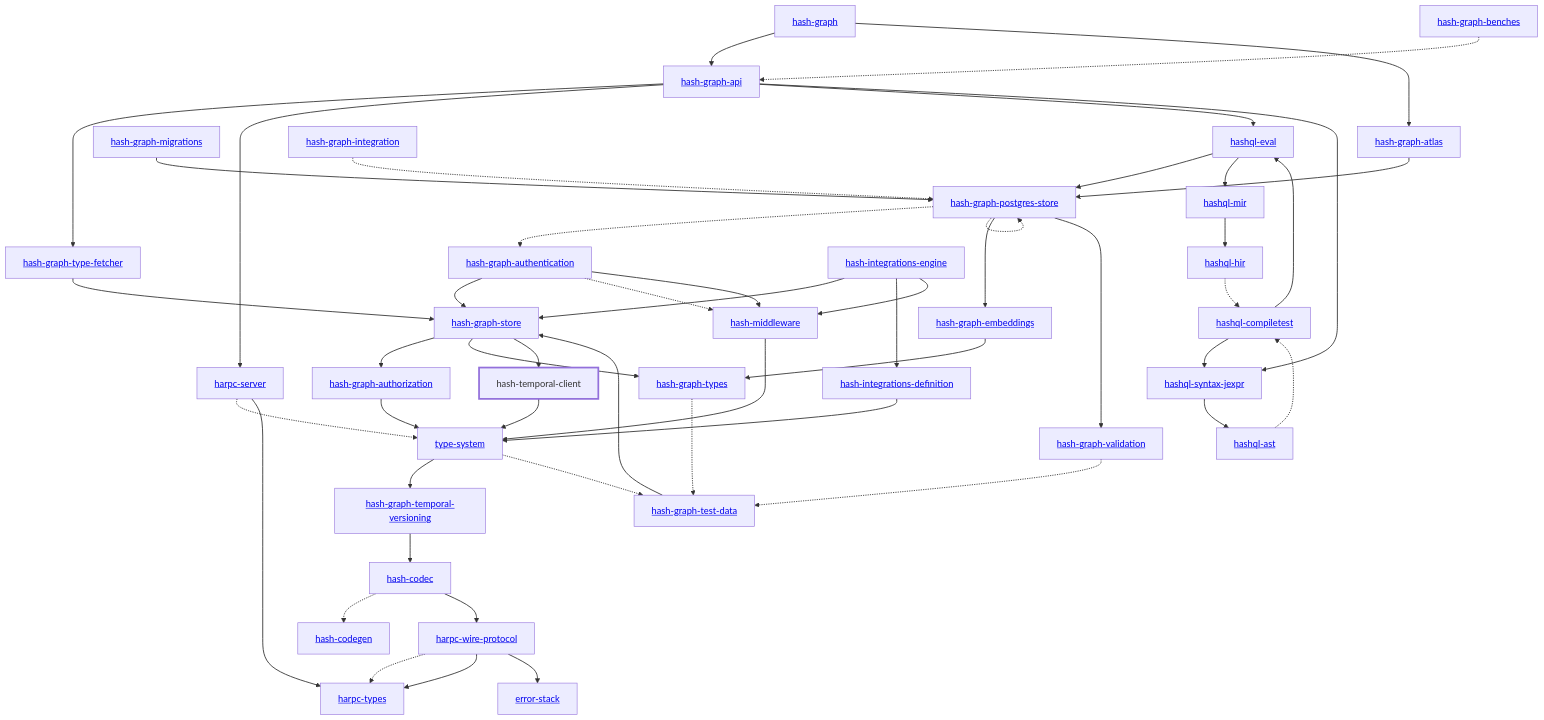
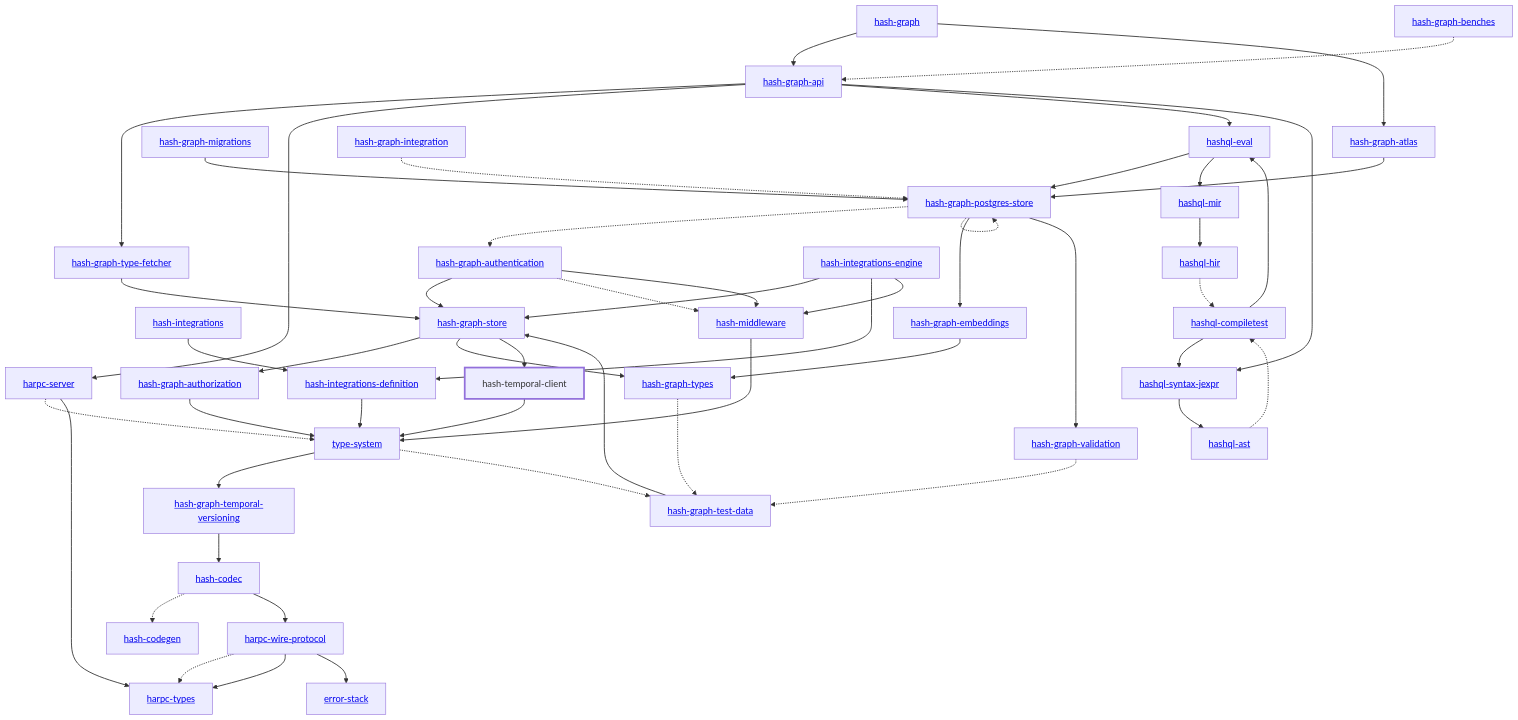
Before and after one commit to hashintel/hash: the diagram in libs/@local/temporal-client/docs/dependency-diagram.mmd, drawn with Mermaid. The commit also changed 17 other files, not shown here.

```diff
--- a/libs/@local/temporal-client/docs/dependency-diagram.mmd
+++ b/libs/@local/temporal-client/docs/dependency-diagram.mmd
@@ -1,94 +1,96 @@
 graph TD
     linkStyle default stroke-width:1.5px
     classDef default stroke-width:1px
     classDef root stroke-width:3px
     classDef dev stroke-width:1px
     classDef build stroke-width:1px
     %% Legend
     %% --> : Normal dependency
     %% -.-> : Dev dependency
     %% ---> : Build dependency
     0[<a href="../hash_graph/index.html">hash-graph</a>]
-    1[<a href="../type_system/index.html">type-system</a>]
-    2[<a href="../hash_codec/index.html">hash-codec</a>]
-    3[<a href="../hash_codegen/index.html">hash-codegen</a>]
-    4[<a href="../hash_graph_api/index.html">hash-graph-api</a>]
-    5[<a href="../hash_graph_atlas/index.html">hash-graph-atlas</a>]
-    6[<a href="../hash_graph_authentication/index.html">hash-graph-authentication</a>]
-    7[<a href="../hash_graph_authorization/index.html">hash-graph-authorization</a>]
-    8[<a href="../hash_graph_embeddings/index.html">hash-graph-embeddings</a>]
-    9[<a href="../hash_graph_migrations/index.html">hash-graph-migrations</a>]
-    10[<a href="../hash_graph_postgres_store/index.html">hash-graph-postgres-store</a>]
-    11[<a href="../hash_graph_store/index.html">hash-graph-store</a>]
-    12[<a href="../hash_graph_temporal_versioning/index.html">hash-graph-temporal-versioning</a>]
-    13[<a href="../hash_graph_type_fetcher/index.html">hash-graph-type-fetcher</a>]
-    14[<a href="../hash_graph_types/index.html">hash-graph-types</a>]
-    15[<a href="../hash_graph_validation/index.html">hash-graph-validation</a>]
-    16[<a href="../harpc_server/index.html">harpc-server</a>]
-    17[<a href="../harpc_types/index.html">harpc-types</a>]
-    18[<a href="../harpc_wire_protocol/index.html">harpc-wire-protocol</a>]
-    19[<a href="../hashql_ast/index.html">hashql-ast</a>]
-    20[<a href="../hashql_compiletest/index.html">hashql-compiletest</a>]
-    21[<a href="../hashql_eval/index.html">hashql-eval</a>]
-    22[<a href="../hashql_hir/index.html">hashql-hir</a>]
-    23[<a href="../hashql_mir/index.html">hashql-mir</a>]
-    24[<a href="../hashql_syntax_jexpr/index.html">hashql-syntax-jexpr</a>]
-    25[<a href="../hash_integrations_definition/index.html">hash-integrations-definition</a>]
-    26[<a href="../hash_integrations_engine/index.html">hash-integrations-engine</a>]
-    27[<a href="../hash_middleware/index.html">hash-middleware</a>]
-    28[hash-temporal-client]
-    class 28 root
-    29[<a href="../error_stack/index.html">error-stack</a>]
-    30[<a href="../hash_graph_benches/index.html">hash-graph-benches</a>]
-    31[<a href="../hash_graph_integration/index.html">hash-graph-integration</a>]
-    32[<a href="../hash_graph_test_data/index.html">hash-graph-test-data</a>]
-    0 --> 4
+    1[<a href="../hash_integrations/index.html">hash-integrations</a>]
+    2[<a href="../type_system/index.html">type-system</a>]
+    3[<a href="../hash_codec/index.html">hash-codec</a>]
+    4[<a href="../hash_codegen/index.html">hash-codegen</a>]
+    5[<a href="../hash_graph_api/index.html">hash-graph-api</a>]
+    6[<a href="../hash_graph_atlas/index.html">hash-graph-atlas</a>]
+    7[<a href="../hash_graph_authentication/index.html">hash-graph-authentication</a>]
+    8[<a href="../hash_graph_authorization/index.html">hash-graph-authorization</a>]
+    9[<a href="../hash_graph_embeddings/index.html">hash-graph-embeddings</a>]
+    10[<a href="../hash_graph_migrations/index.html">hash-graph-migrations</a>]
+    11[<a href="../hash_graph_postgres_store/index.html">hash-graph-postgres-store</a>]
+    12[<a href="../hash_graph_store/index.html">hash-graph-store</a>]
+    13[<a href="../hash_graph_temporal_versioning/index.html">hash-graph-temporal-versioning</a>]
+    14[<a href="../hash_graph_type_fetcher/index.html">hash-graph-type-fetcher</a>]
+    15[<a href="../hash_graph_types/index.html">hash-graph-types</a>]
+    16[<a href="../hash_graph_validation/index.html">hash-graph-validation</a>]
+    17[<a href="../harpc_server/index.html">harpc-server</a>]
+    18[<a href="../harpc_types/index.html">harpc-types</a>]
+    19[<a href="../harpc_wire_protocol/index.html">harpc-wire-protocol</a>]
+    20[<a href="../hashql_ast/index.html">hashql-ast</a>]
+    21[<a href="../hashql_compiletest/index.html">hashql-compiletest</a>]
+    22[<a href="../hashql_eval/index.html">hashql-eval</a>]
+    23[<a href="../hashql_hir/index.html">hashql-hir</a>]
+    24[<a href="../hashql_mir/index.html">hashql-mir</a>]
+    25[<a href="../hashql_syntax_jexpr/index.html">hashql-syntax-jexpr</a>]
+    26[<a href="../hash_integrations_definition/index.html">hash-integrations-definition</a>]
+    27[<a href="../hash_integrations_engine/index.html">hash-integrations-engine</a>]
+    28[<a href="../hash_middleware/index.html">hash-middleware</a>]
+    29[hash-temporal-client]
+    class 29 root
+    30[<a href="../error_stack/index.html">error-stack</a>]
+    31[<a href="../hash_graph_benches/index.html">hash-graph-benches</a>]
+    32[<a href="../hash_graph_integration/index.html">hash-graph-integration</a>]
+    33[<a href="../hash_graph_test_data/index.html">hash-graph-test-data</a>]
     0 --> 5
-    1 --> 12
-    1 -.-> 32
-    2 -.-> 3
-    2 --> 18
-    4 --> 13
-    4 --> 16
-    4 --> 21
-    4 --> 24
-    5 --> 10
+    0 --> 6
+    1 --> 26
+    2 --> 13
+    2 -.-> 33
+    3 -.-> 4
+    3 --> 19
+    5 --> 14
+    5 --> 17
+    5 --> 22
+    5 --> 25
     6 --> 11
-    6 -.-> 27
-    6 --> 27
-    7 --> 1
-    8 --> 14
-    9 --> 10
-    10 -.-> 6
-    10 --> 8
-    10 -.-> 10
-    10 --> 15
-    11 --> 7
-    11 --> 14
-    11 --> 28
-    12 --> 2
-    13 --> 11
-    14 -.-> 32
-    15 -.-> 32
-    16 -.-> 1
-    16 --> 17
-    18 -.-> 17
-    18 --> 17
-    18 --> 29
-    19 -.-> 20
-    20 --> 21
-    20 --> 24
-    21 --> 10
-    21 --> 23
-    22 -.-> 20
-    23 --> 22
-    24 --> 19
-    25 --> 1
-    26 --> 11
-    26 --> 25
-    26 --> 27
-    27 --> 1
-    28 --> 1
-    30 -.-> 4
-    31 -.-> 10
-    32 --> 11
+    7 --> 12
+    7 -.-> 28
+    7 --> 28
+    8 --> 2
+    9 --> 15
+    10 --> 11
+    11 -.-> 7
+    11 --> 9
+    11 -.-> 11
+    11 --> 16
+    12 --> 8
+    12 --> 15
+    12 --> 29
+    13 --> 3
+    14 --> 12
+    15 -.-> 33
+    16 -.-> 33
+    17 -.-> 2
+    17 --> 18
+    19 -.-> 18
+    19 --> 18
+    19 --> 30
+    20 -.-> 21
+    21 --> 22
+    21 --> 25
+    22 --> 11
+    22 --> 24
+    23 -.-> 21
+    24 --> 23
+    25 --> 20
+    26 --> 2
+    27 --> 12
+    27 --> 26
+    27 --> 28
+    28 --> 2
+    29 --> 2
+    31 -.-> 5
+    32 -.-> 11
+    33 --> 12
```
